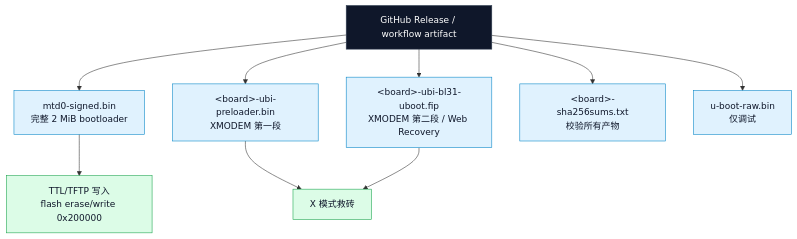
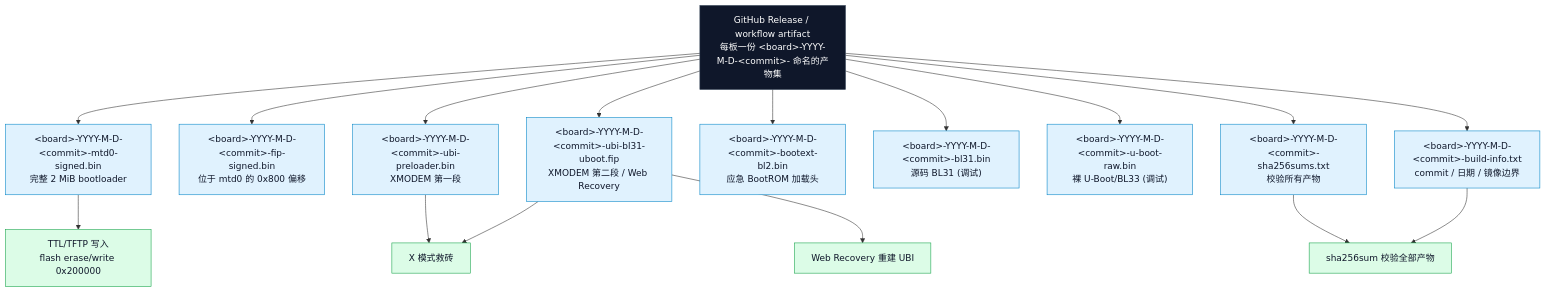
One commit to naoki66/u-boot-for-brightspeed-gemtek changed the third of 4 diagrams in README.md. Above: the diagram before and after it, drawn with Mermaid. The commit also changed other lines of this file and 1 other file, not shown here.

Commit message:
将产物文件名统一加上发行日期和commit短哈希后缀

````diff
--- a/README.md
+++ b/README.md
@@ -283,20 +283,27 @@
 ```mermaid
 flowchart TD
-    R["GitHub Release / workflow artifact"] --> M["mtd0-signed.bin<br/>完整 2 MiB bootloader"]
-    R --> P["&lt;board&gt;-ubi-preloader.bin<br/>XMODEM 第一段"]
-    R --> F["&lt;board&gt;-ubi-bl31-uboot.fip<br/>XMODEM 第二段 / Web Recovery"]
-    R --> S["&lt;board&gt;-sha256sums.txt<br/>校验所有产物"]
-    R --> U["u-boot-raw.bin<br/>仅调试"]
+    R["GitHub Release / workflow artifact<br/>每板一份 &lt;board&gt;-YYYY-M-D-&lt;commit&gt;- 命名的产物集"] --> M["&lt;board&gt;-YYYY-M-D-&lt;commit&gt;-mtd0-signed.bin<br/>完整 2 MiB bootloader"]
+    R --> F["&lt;board&gt;-YYYY-M-D-&lt;commit&gt;-fip-signed.bin<br/>位于 mtd0 的 0x800 偏移"]
+    R --> P["&lt;board&gt;-YYYY-M-D-&lt;commit&gt;-ubi-preloader.bin<br/>XMODEM 第一段"]
+    R --> FIP["&lt;board&gt;-YYYY-M-D-&lt;commit&gt;-ubi-bl31-uboot.fip<br/>XMODEM 第二段 / Web Recovery"]
+    R --> B2["&lt;board&gt;-YYYY-M-D-&lt;commit&gt;-bootext-bl2.bin<br/>应急 BootROM 加载头"]
+    R --> L31["&lt;board&gt;-YYYY-M-D-&lt;commit&gt;-bl31.bin<br/>源码 BL31 (调试)"]
+    R --> U["&lt;board&gt;-YYYY-M-D-&lt;commit&gt;-u-boot-raw.bin<br/>裸 U-Boot/BL33 (调试)"]
+    R --> S["&lt;board&gt;-YYYY-M-D-&lt;commit&gt;-sha256sums.txt<br/>校验所有产物"]
+    R --> I["&lt;board&gt;-YYYY-M-D-&lt;commit&gt;-build-info.txt<br/>commit / 日期 / 镜像边界"]
 
     M --> T["TTL/TFTP 写入<br/>flash erase/write 0x200000"]
     P --> X["X 模式救砖"]
-    F --> X
+    FIP --> X
+    FIP --> W["Web Recovery 重建 UBI"]
+    S --> V["sha256sum 校验全部产物"]
+    I --> V
 
     classDef root fill:#0f172a,stroke:#334155,color:#ffffff;
     classDef art fill:#e0f2fe,stroke:#0284c7,color:#0f172a;
     classDef use fill:#dcfce7,stroke:#16a34a,color:#0f172a;
 
     class R root;
-    class M,P,F,S,U art;
-    class T,X use;
+    class M,F,P,FIP,B2,L31,U,S,I art;
+    class T,X,W,V use;
 ```
````
